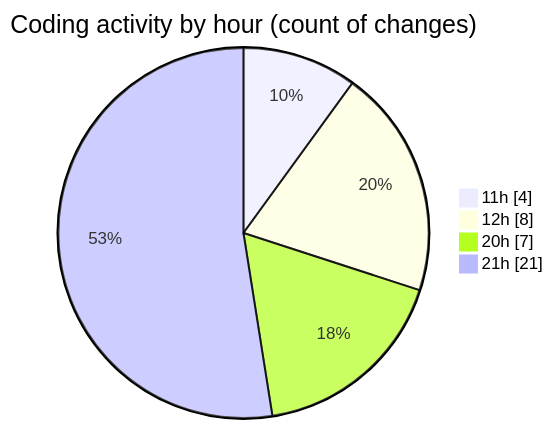
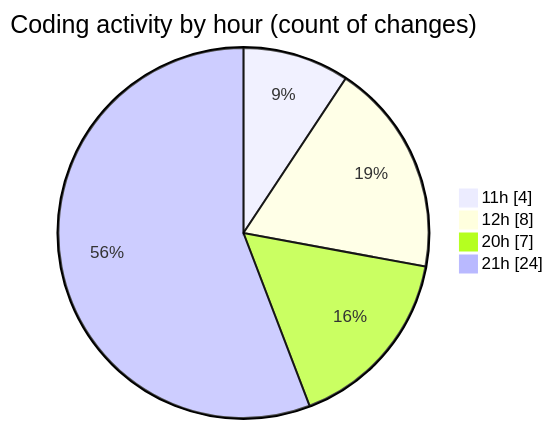
The second of 2 diagrams in 2025-10-24/javacript/README.md (nxtqubesakshisongat/code-tracking), drawn with Mermaid before and after one commit. The commit also changed other lines of this file and 1 other file, not shown here.

````diff
--- a/2025-10-24/javacript/README.md
+++ b/2025-10-24/javacript/README.md
@@ -28,8 +28,8 @@
 ```mermaid
 pie showData
 title Coding activity by hour (count of changes)
 "11h" : 4
 "12h" : 8
 "20h" : 7
-"21h" : 21
+"21h" : 24
 ```
````
